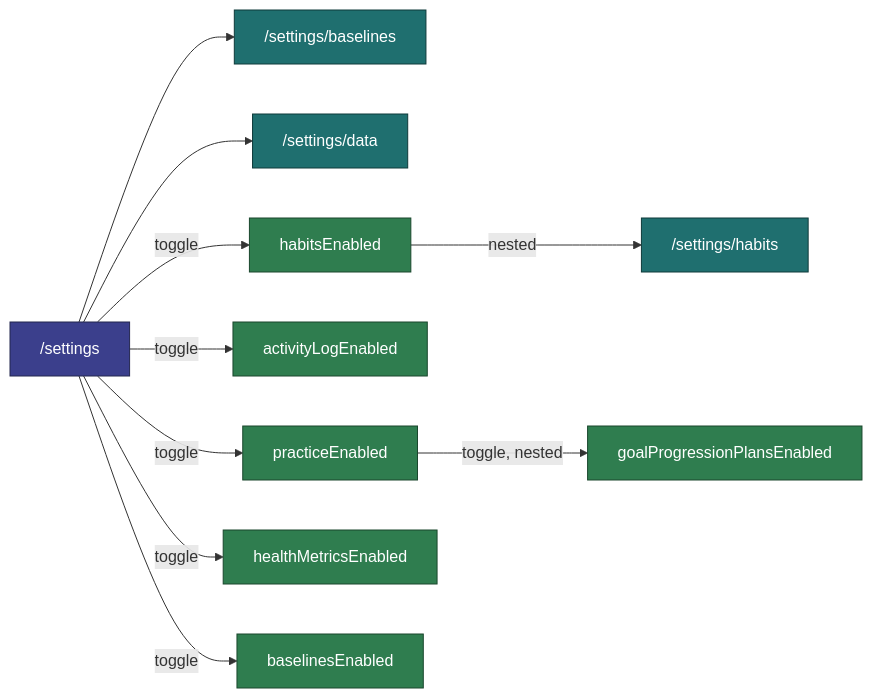
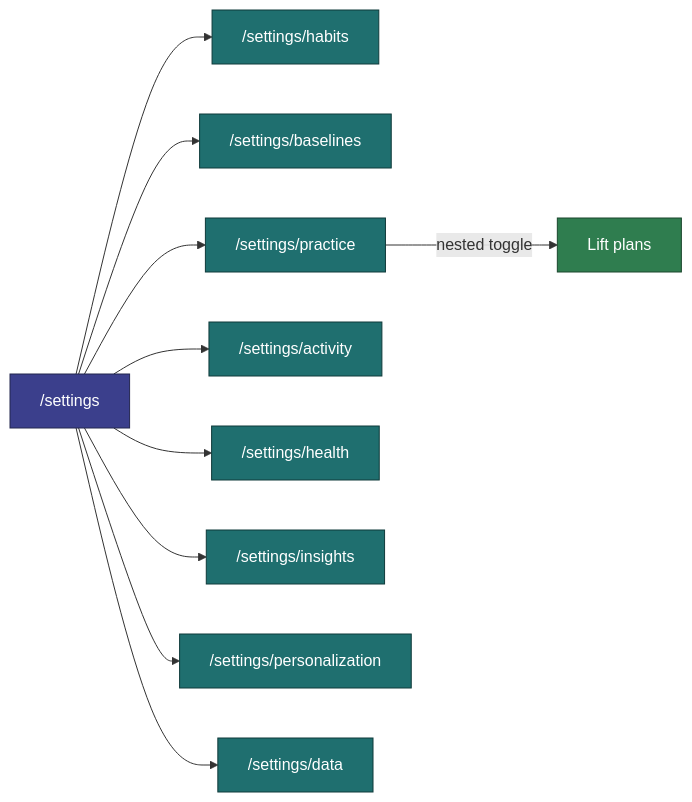
Before and after one commit to jermbo/CosmicWorkOut: the first of 2 diagrams in docs/requirements/settings-preferences.md, drawn with Mermaid. The commit also changed other lines of this file and 89 other files, not shown here.

````diff
--- a/docs/requirements/settings-preferences.md
+++ b/docs/requirements/settings-preferences.md
@@ -47,20 +54,20 @@
 ```mermaid
 flowchart LR
     Hub["/settings"]
+    Hub --> Hab["/settings/habits"]
     Hub --> Base["/settings/baselines"]
+    Hub --> Prac["/settings/practice"]
+    Hub --> Act["/settings/activity"]
+    Hub --> Hea["/settings/health"]
+    Hub --> Ins["/settings/insights"]
+    Hub --> Per["/settings/personalization"]
     Hub --> Data["/settings/data"]
-    Hub -->|toggle| Habits[habitsEnabled]
-    Habits -->|nested| Hab["/settings/habits"]
-    Hub -->|toggle| Activity[activityLogEnabled]
-    Hub -->|toggle| Practice[practiceEnabled]
-    Practice -->|toggle, nested| Lift[goalProgressionPlansEnabled]
-    Hub -->|toggle| Health[healthMetricsEnabled]
-    Hub -->|toggle| Baselines[baselinesEnabled]
+    Prac -->|nested toggle| Lift[Lift plans]
 
     classDef hub fill:#3b3f8c,stroke:#23264f,color:#ffffff;
     classDef route fill:#1f6f6f,stroke:#0f3a3a,color:#ffffff;
     classDef toggle fill:#2f7d4f,stroke:#1a472d,color:#ffffff;
     class Hub hub;
-    class Hab,Base,Data route;
-    class Habits,Activity,Practice,Lift,Health,Baselines toggle;
+    class Hab,Base,Prac,Act,Hea,Ins,Per,Data route;
+    class Lift toggle;
 ```
````
